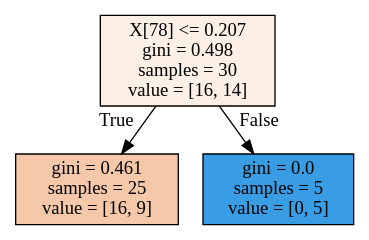
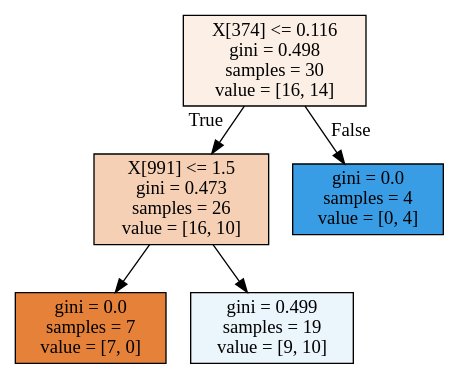
Before and after one commit to Peerada/Project4-1: the diagram in moons_tree.dot, drawn with Graphviz. The commit also changed 42 other files, not shown here.

```diff
--- a/moons_tree.dot
+++ b/moons_tree.dot
@@ -1,8 +1,12 @@
 digraph Tree {
 node [shape=box, style="filled", color="black"] ;
-0 [label="X[78] <= 0.207\ngini = 0.498\nsamples = 30\nvalue = [16, 14]", fillcolor="#fcefe6"] ;
-1 [label="gini = 0.461\nsamples = 25\nvalue = [16, 9]", fillcolor="#f4c8a8"] ;
+0 [label="X[374] <= 0.116\ngini = 0.498\nsamples = 30\nvalue = [16, 14]", fillcolor="#fcefe6"] ;
+1 [label="X[991] <= 1.5\ngini = 0.473\nsamples = 26\nvalue = [16, 10]", fillcolor="#f5d0b5"] ;
 0 -> 1 [labeldistance=2.5, labelangle=45, headlabel="True"] ;
-2 [label="gini = 0.0\nsamples = 5\nvalue = [0, 5]", fillcolor="#399de5"] ;
+3 [label="gini = 0.0\nsamples = 7\nvalue = [7, 0]", fillcolor="#e58139"] ;
+1 -> 3 ;
+4 [label="gini = 0.499\nsamples = 19\nvalue = [9, 10]", fillcolor="#ebf5fc"] ;
+1 -> 4 ;
+2 [label="gini = 0.0\nsamples = 4\nvalue = [0, 4]", fillcolor="#399de5"] ;
 0 -> 2 [labeldistance=2.5, labelangle=-45, headlabel="False"] ;
 }
```
